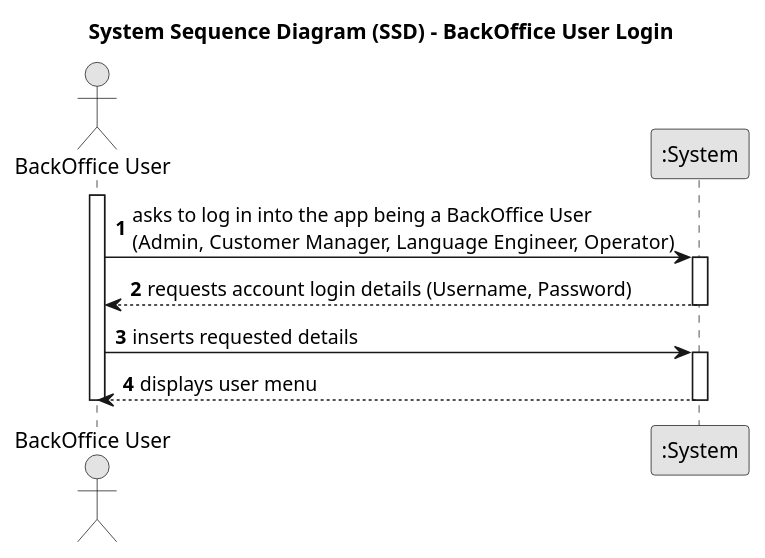
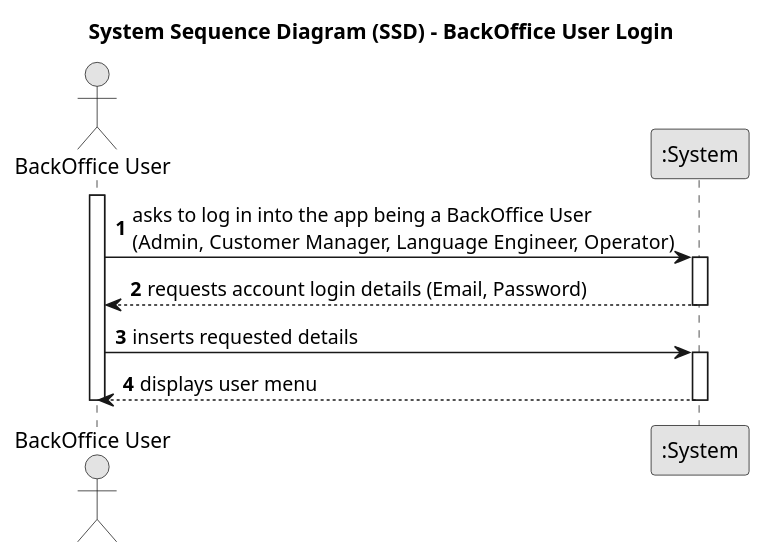
One commit to MiguelCardoso77/LAPR4 changed the diagram in docs/SprintB/G007/G007-system-sequence-diagram-backofficeApp.puml. Above: the diagram before and after it, drawn with PlantUML. The commit also changed 8 other files, not shown here.

```diff
--- a/docs/SprintB/G007/G007-system-sequence-diagram-backofficeApp.puml
+++ b/docs/SprintB/G007/G007-system-sequence-diagram-backofficeApp.puml
@@ -1,29 +1,29 @@
 @startuml
 skinparam monochrome true
 skinparam packageStyle rectangle
 skinparam shadowing false
 
 title System Sequence Diagram (SSD) - BackOffice User Login
 
 autonumber
 
 actor "BackOffice User" as BACKOFFICE
 participant ":System" as System
 
 activate BACKOFFICE
 
     BACKOFFICE -> System : asks to log in into the app being a BackOffice User\n(Admin, Customer Manager, Language Engineer, Operator)
     activate System
 
-        System --> BACKOFFICE : requests account login details (Username, Password)
+        System --> BACKOFFICE : requests account login details (Email, Password)
     deactivate System
 
     BACKOFFICE -> System : inserts requested details
     activate System
 
         System --> BACKOFFICE : displays user menu
     deactivate System
 
 deactivate BACKOFFICE
 
 @enduml
```
